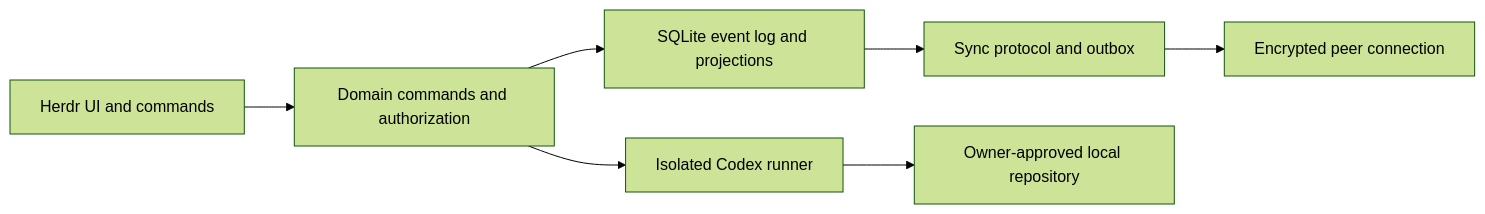
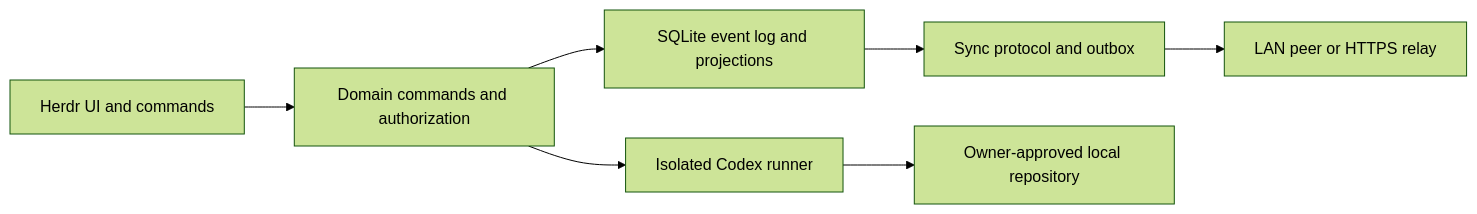
The diagram in spec.md (Hemant9785/crewAI), drawn with Mermaid (forest theme) before and after one commit. The commit also changed other lines of this file and 29 other files, not shown here.

````diff
--- a/spec.md
+++ b/spec.md
@@ -174,9 +177,9 @@
 ```mermaid
 flowchart LR
   UI[Herdr UI and commands] --> Domain[Domain commands and authorization]
   Domain --> Store[SQLite event log and projections]
   Store --> Sync[Sync protocol and outbox]
-  Sync --> Peer[Encrypted peer connection]
+  Sync --> Peer[LAN peer or HTTPS relay]
   Domain --> Runner[Isolated Codex runner]
   Runner --> Repo[Owner-approved local repository]
 ```
````
